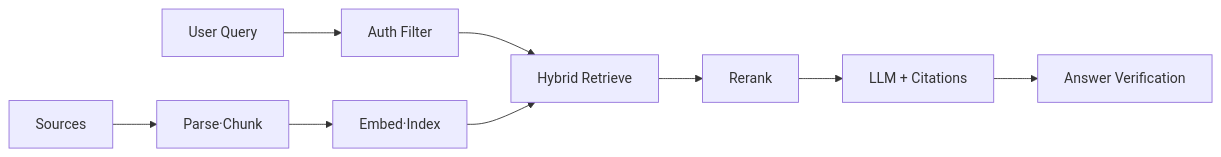
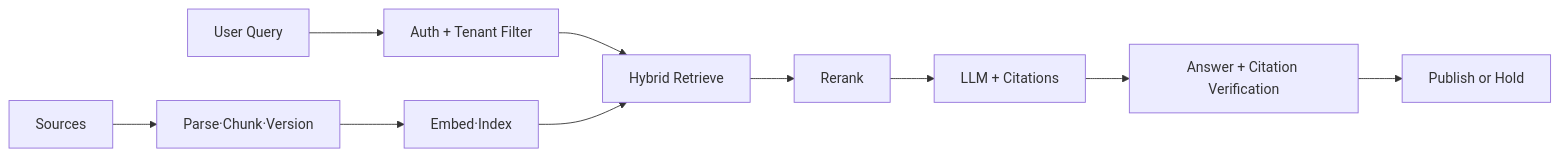
The diagram in apps/api/src/main/resources/content/ai-05-production-rag-design.md (hyeongseoblim/systemdesign), drawn with Mermaid before and after one commit. The commit also changed other lines of this file and 96 other files, not shown here.

````diff
--- a/apps/api/src/main/resources/content/ai-05-production-rag-design.md
+++ b/apps/api/src/main/resources/content/ai-05-production-rag-design.md
@@ -24,11 +24,12 @@
 ```mermaid
 flowchart LR
-    S[Sources] --> P[Parse·Chunk]
+    S[Sources] --> P[Parse·Chunk·Version]
     P --> E[Embed·Index]
-    U[User Query] --> A[Auth Filter]
+    U[User Query] --> A[Auth + Tenant Filter]
     A --> H[Hybrid Retrieve]
     E --> H
     H --> R[Rerank]
     R --> G[LLM + Citations]
-    G --> V[Answer Verification]
+    G --> V[Answer + Citation Verification]
+    V --> O[Publish or Hold]
 ```
````
